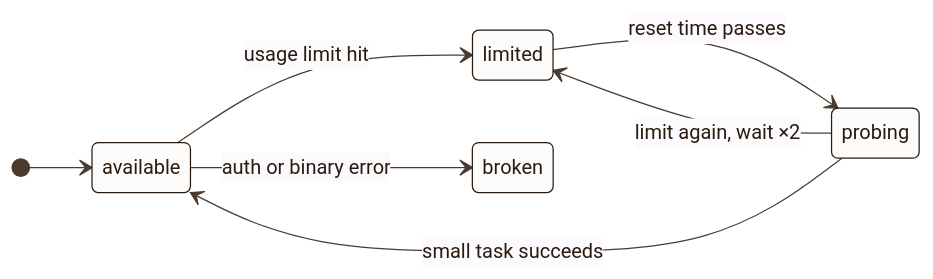
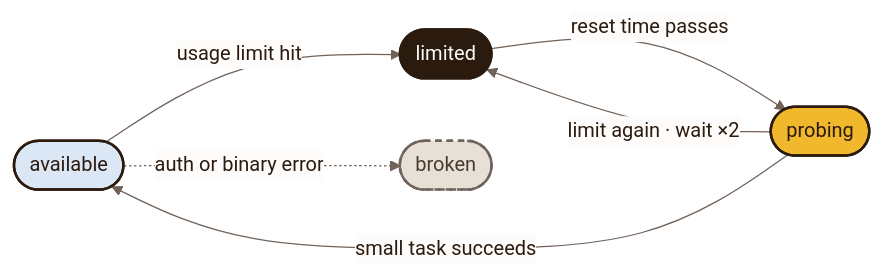
Before and after one commit to wincrack07/t3-orchestrator: the second of 2 diagrams in README.md, drawn with Mermaid. The commit also changed other lines of this file, not shown here.

Commit message:
Make README diagrams larger and color-code usage states

````diff
--- a/README.md
+++ b/README.md
@@ -75,11 +82,18 @@
 ```mermaid
-%%{init: {'theme':'base','themeVariables':{'primaryColor':'#fdfcfa','primaryTextColor':'#2b1b0f','primaryBorderColor':'#2b1b0f','lineColor':'#4b3b2f','fontFamily':'Figtree, ui-sans-serif, system-ui, sans-serif'}}}%%
-stateDiagram-v2
-  direction LR
-  [*] --> available
-  available --> limited: usage limit hit
-  limited --> probing: reset time passes
-  probing --> available: small task succeeds
-  probing --> limited: limit again, wait ×2
-  available --> broken: auth or binary error
+%%{init: {'theme':'base','themeVariables':{'primaryColor':'#fdfcfa','primaryTextColor':'#2b1b0f','primaryBorderColor':'#2b1b0f','lineColor':'#6f6259','edgeLabelBackground':'#fdfcfa','fontFamily':'Figtree, ui-sans-serif, system-ui, sans-serif','fontSize':'16px'}}}%%
+flowchart LR
+  AV([available]) -- usage limit hit --> LI([limited])
+  LI -- reset time passes --> PR([probing])
+  PR -- small task succeeds --> AV
+  PR -- limit again · wait ×2 --> LI
+  AV -. auth or binary error .-> BR([broken])
+
+  classDef ok fill:#dce7f5,stroke:#2b1b0f,stroke-width:2px,color:#2b1b0f;
+  classDef stop fill:#2b1b0f,stroke:#2b1b0f,stroke-width:2px,color:#fdfcfa;
+  classDef probe fill:#f1b82d,stroke:#2b1b0f,stroke-width:2px,color:#2b1b0f;
+  classDef off fill:#e7e0d6,stroke:#6f6259,stroke-width:2px,color:#4b3b2f,stroke-dasharray:5 4;
+  class AV ok;
+  class LI stop;
+  class PR probe;
+  class BR off;
 ```
````
